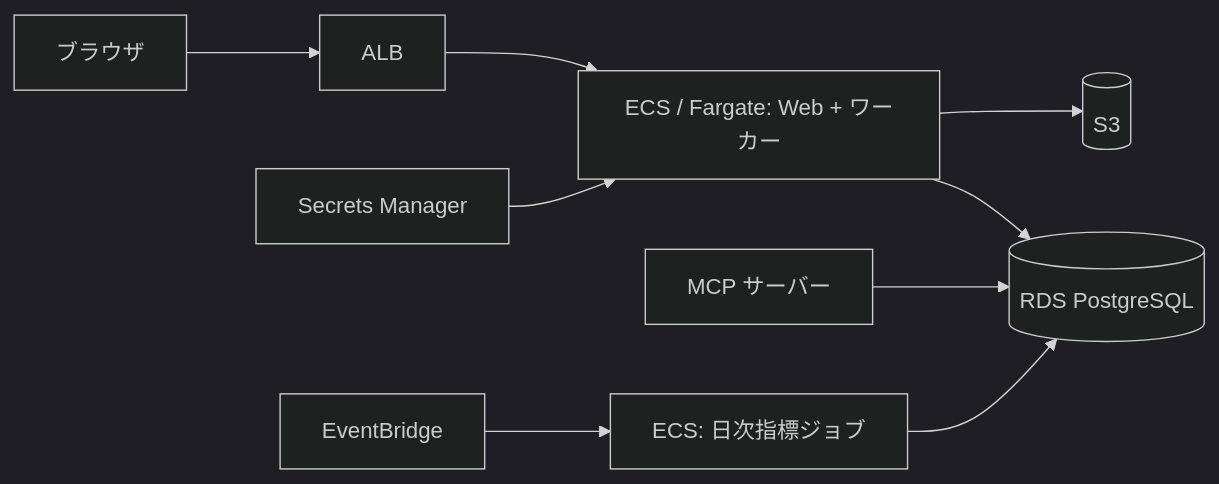
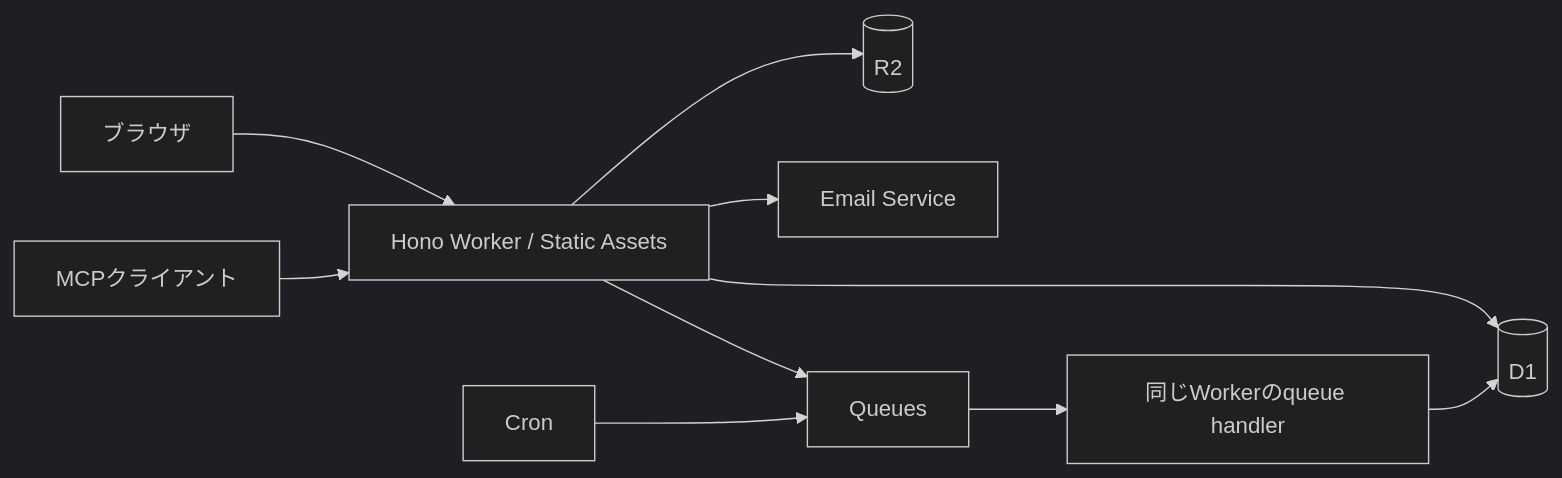
The diagram in doc/architecture.md (Hosi121/holoplax), drawn with Mermaid (dark theme) before and after one commit. The commit also changed other lines of this file and 12 other files, not shown here.

````diff
--- a/doc/architecture.md
+++ b/doc/architecture.md
@@ -12,11 +7,12 @@
 ```mermaid
 flowchart LR
-  Browser[ブラウザ] --> ALB[ALB]
-  ALB --> Web[ECS / Fargate: Web + ワーカー]
-  Web --> DB[(RDS PostgreSQL)]
-  Web --> S3[(S3)]
-  Secrets[Secrets Manager] --> Web
-  MCP[MCP サーバー] --> DB
-  Schedule[EventBridge] --> Metrics[ECS: 日次指標ジョブ]
-  Metrics --> DB
+  Browser[ブラウザ] --> Worker[Hono Worker / Static Assets]
+  MCP[MCPクライアント] --> Worker
+  Worker --> D1[(D1)]
+  Worker --> R2[(R2)]
+  Worker --> Email[Email Service]
+  Worker --> Queue[Queues]
+  Cron[Cron] --> Queue
+  Queue --> Consumer[同じWorkerのqueue handler]
+  Consumer --> D1
 ```
````
